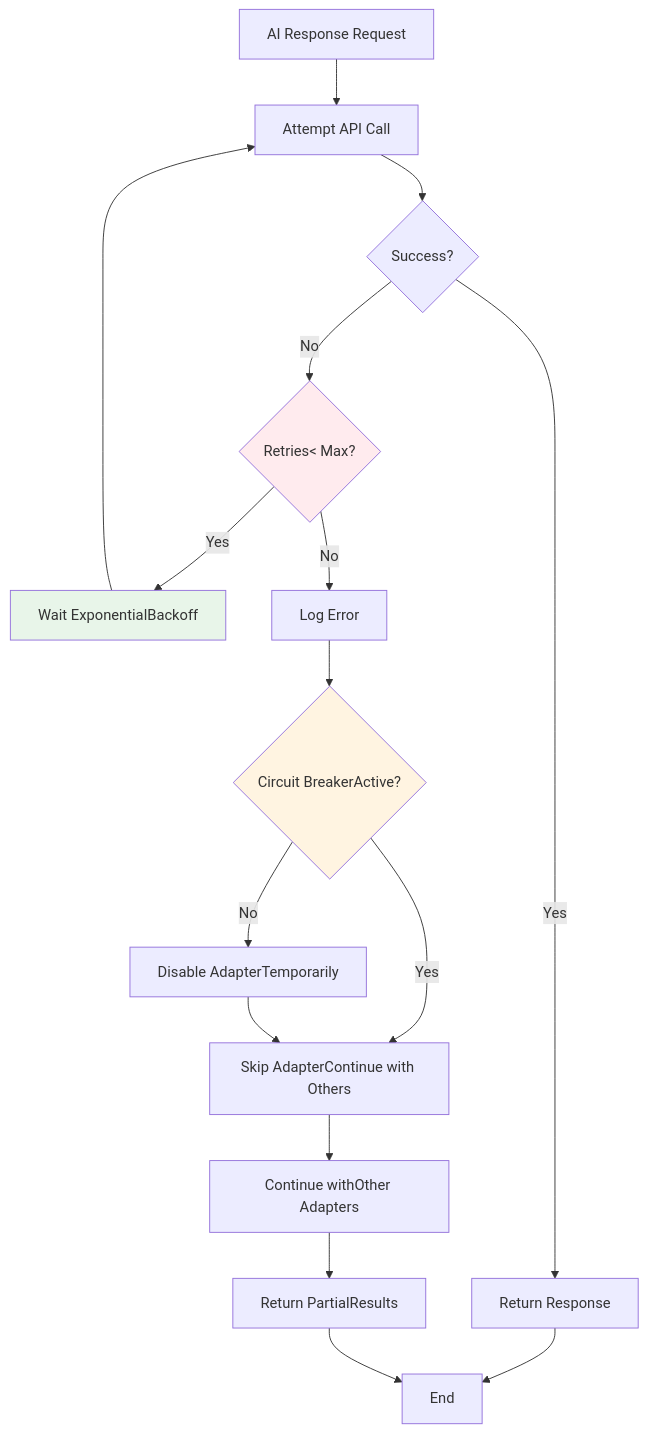
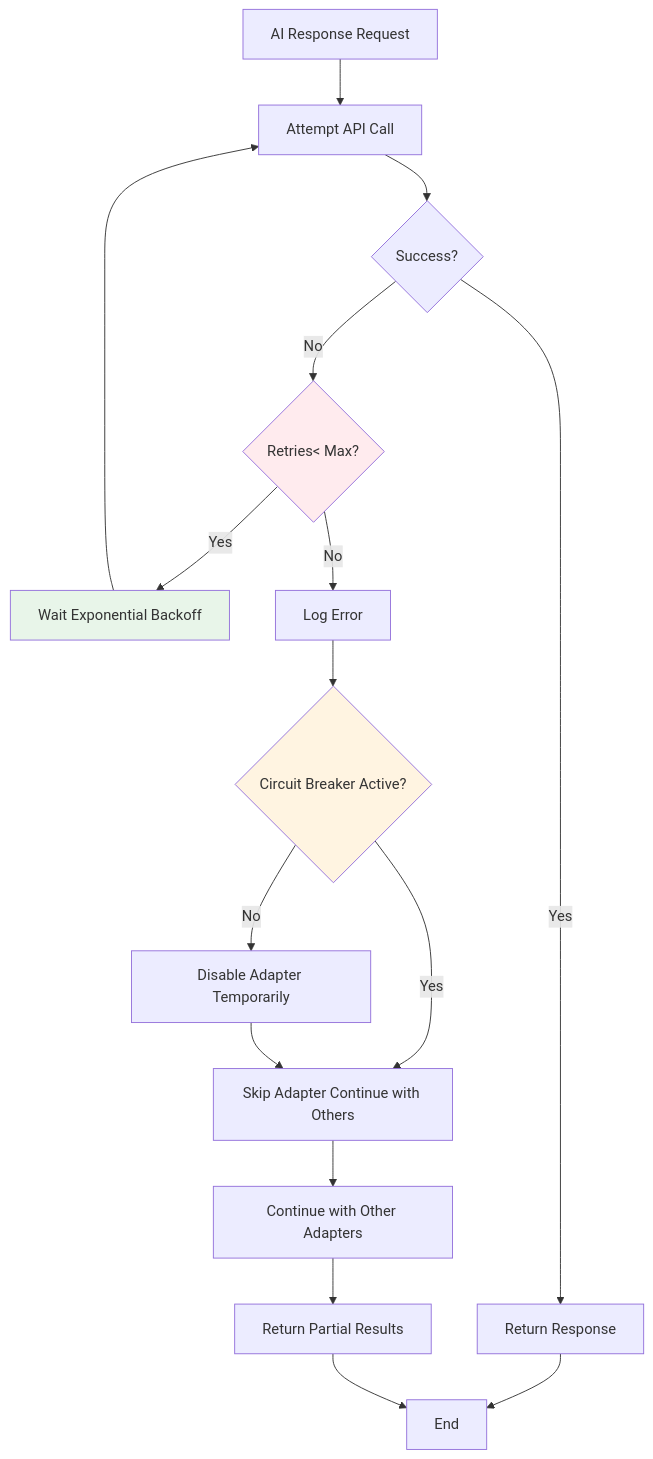
One commit to jak-pan/super-brainstorm-bot changed diagram 12 of 16 in ARCHITECTURE.md. Above: the diagram before and after it, drawn with Mermaid. The commit also changed other lines of this file, not shown here.

Commit message:
Fix: Add missing spaces in Mermaid diagram labels after br tag removal

````diff
--- a/ARCHITECTURE.md
+++ b/ARCHITECTURE.md
@@ -1054,28 +1054,28 @@
 ```mermaid
 flowchart TD
     Start[AI Response Request] --> Attempt[Attempt API Call]
     Attempt --> Success{Success?}
     
     Success -->|Yes| ReturnResponse[Return Response]
     
     Success -->|No| CheckRetries{Retries< Max?}
-    CheckRetries -->|Yes| WaitBackoff[Wait ExponentialBackoff]
+    CheckRetries -->|Yes| WaitBackoff[Wait Exponential Backoff]
     WaitBackoff --> Attempt
     
     CheckRetries -->|No| LogError[Log Error]
-    LogError --> CheckCircuit{Circuit BreakerActive?}
+    LogError --> CheckCircuit{Circuit Breaker Active?}
     
-    CheckCircuit -->|No| DisableAdapter[Disable AdapterTemporarily]
-    CheckCircuit -->|Yes| SkipAdapter[Skip AdapterContinue with Others]
+    CheckCircuit -->|No| DisableAdapter[Disable Adapter Temporarily]
+    CheckCircuit -->|Yes| SkipAdapter[Skip Adapter Continue with Others]
     
     DisableAdapter --> SkipAdapter
-    SkipAdapter --> ContinueOthers[Continue withOther Adapters]
-    ContinueOthers --> ReturnPartial[Return PartialResults]
+    SkipAdapter --> ContinueOthers[Continue with Other Adapters]
+    ContinueOthers --> ReturnPartial[Return Partial Results]
     
     ReturnResponse --> End[End]
     ReturnPartial --> End
     
     style CheckRetries fill:#ffebee
     style CheckCircuit fill:#fff4e1
     style WaitBackoff fill:#e8f5e9
 ```
````
